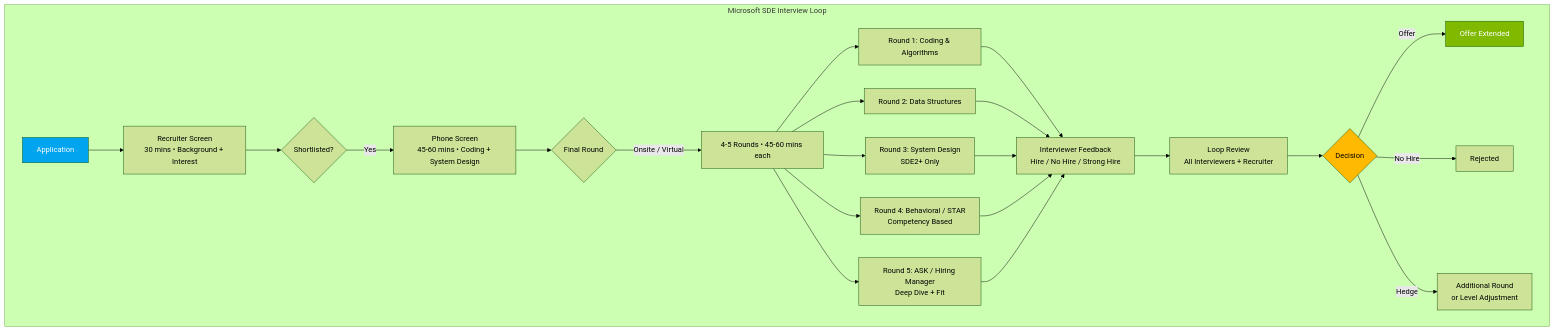
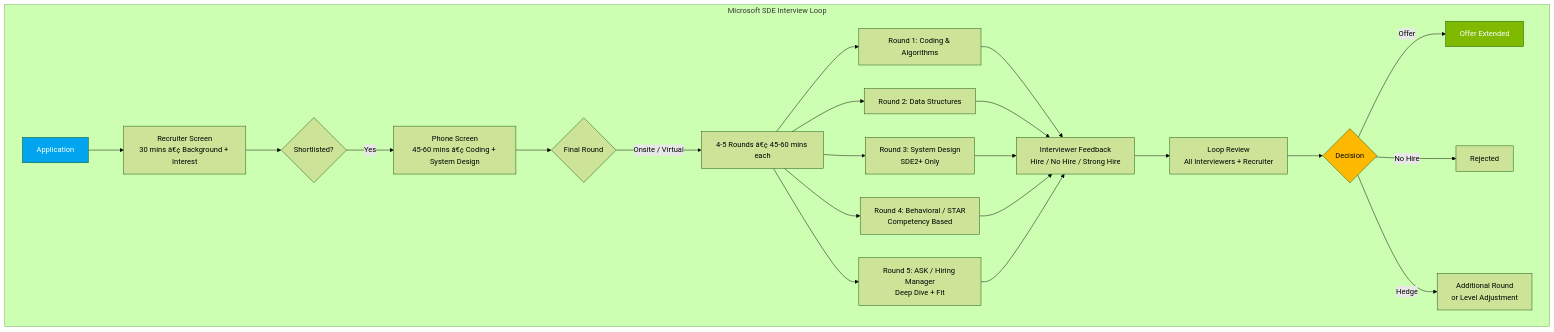
Before and after one commit to Raushan666java/ai-engineering-journey: the first of 4 diagrams in docs/courses/interview-preparation/15-company-microsoft-sde.md, drawn with Mermaid (forest theme). The commit also changed other lines of this file and 735 other files, not shown here.

````diff
--- a/docs/courses/interview-preparation/15-company-microsoft-sde.md
+++ b/docs/courses/interview-preparation/15-company-microsoft-sde.md
@@ -31,29 +31,29 @@
 ```mermaid
 flowchart TB
     subgraph "Microsoft SDE Interview Loop"
-        A[Application] --> B[Recruiter Screen<br/>30 mins • Background + Interest]
+        A[Application] --> B[Recruiter Screen<br/>30 mins â€¢ Background + Interest]
         B --> C{Shortlisted?}
-        C -->|Yes| D[Phone Screen<br/>45-60 mins • Coding + System Design]
+        C -->|Yes| D[Phone Screen<br/>45-60 mins â€¢ Coding + System Design]
         D --> E{Final Round}
-        E -->|Onsite / Virtual| F[4-5 Rounds • 45-60 mins each]
+        E -->|Onsite / Virtual| F[4-5 Rounds â€¢ 45-60 mins each]
         F --> G1[Round 1: Coding & Algorithms]
         F --> G2[Round 2: Data Structures]
         F --> G3[Round 3: System Design<br/>SDE2+ Only]
         F --> G4[Round 4: Behavioral / STAR<br/>Competency Based]
         F --> G5[Round 5: ASK / Hiring Manager<br/>Deep Dive + Fit]
         G1 --> H[Interviewer Feedback<br/>Hire / No Hire / Strong Hire]
         G2 --> H
         G3 --> H
         G4 --> H
         G5 --> H
         H --> I[Loop Review<br/>All Interviewers + Recruiter]
         I --> J{Decision}
         J -->|Offer| K[Offer Extended]
         J -->|No Hire| L[Rejected]
         J -->|Hedge| M[Additional Round<br/>or Level Adjustment]
     end
 
     style A fill:#00a4ef,color:#fff
     style K fill:#7fba00,color:#fff
     style J fill:#ffb900,color:#000
 ```
````
